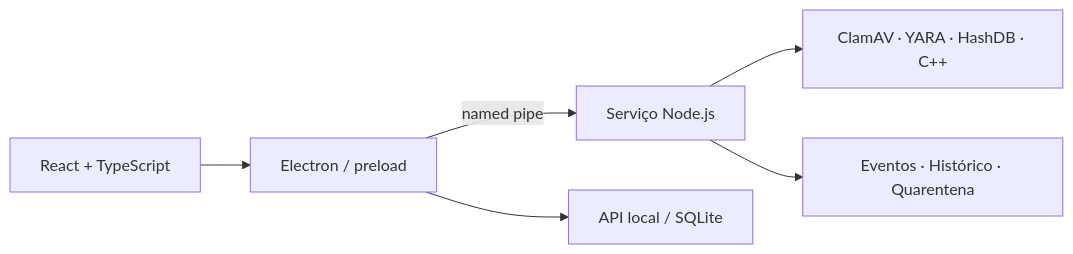
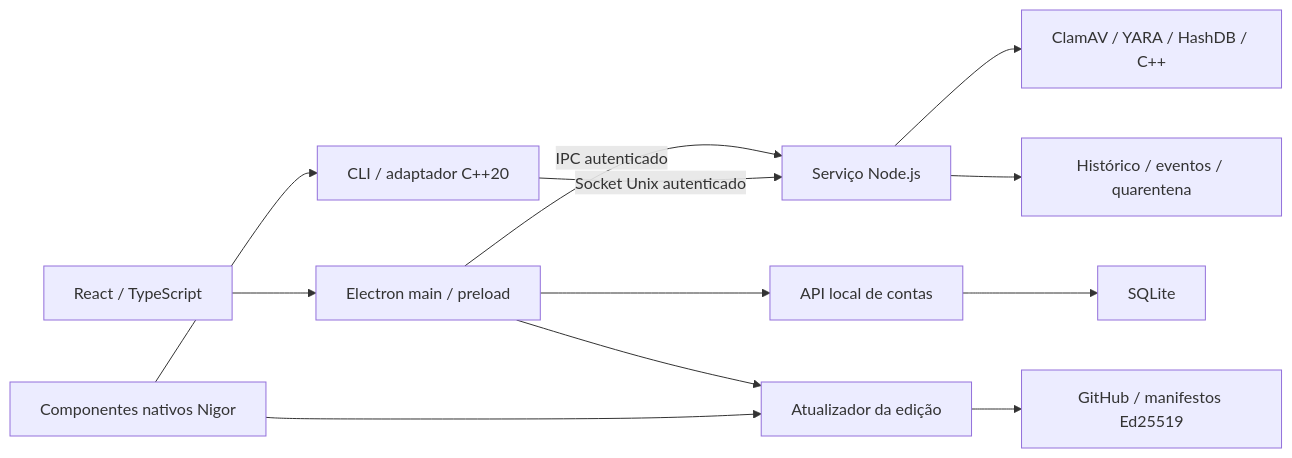
One commit to MatrixChill/cybersafe-assistant changed the diagram in README.pt-PT.md. Above: the diagram before and after it, drawn with Mermaid. The commit also changed other lines of this file and 33 other files, not shown here.

````diff
--- a/README.pt-PT.md
+++ b/README.pt-PT.md
@@ -66,8 +60,14 @@
 ```mermaid
 flowchart LR
-    UI[React + TypeScript] --> Shell[Electron / preload]
-    Shell -->|named pipe| Service[Serviço Node.js]
-    Shell --> API[API local / SQLite]
-    Service --> Engines[ClamAV · YARA · HashDB · C++]
-    Service --> Data[Eventos · Histórico · Quarentena]
+    UI["React / TypeScript"] --> Shell["Electron main / preload"]
+    Shell -->|"IPC autenticado"| Service["Serviço Node.js"]
+    Shell --> API["API local de contas"]
+    API --> SQL["SQLite"]
+    Service --> Engines["ClamAV / YARA / HashDB / C++"]
+    Service --> State["Histórico / eventos / quarentena"]
+    Nigor["Componentes nativos Nigor"] --> Client["CLI / adaptador C++20"]
+    Client -->|"Socket Unix autenticado"| Service
+    Shell --> Updates["Atualizador da edição"]
+    Nigor --> Updates
+    Updates --> Releases["GitHub / manifestos Ed25519"]
 ```
````
